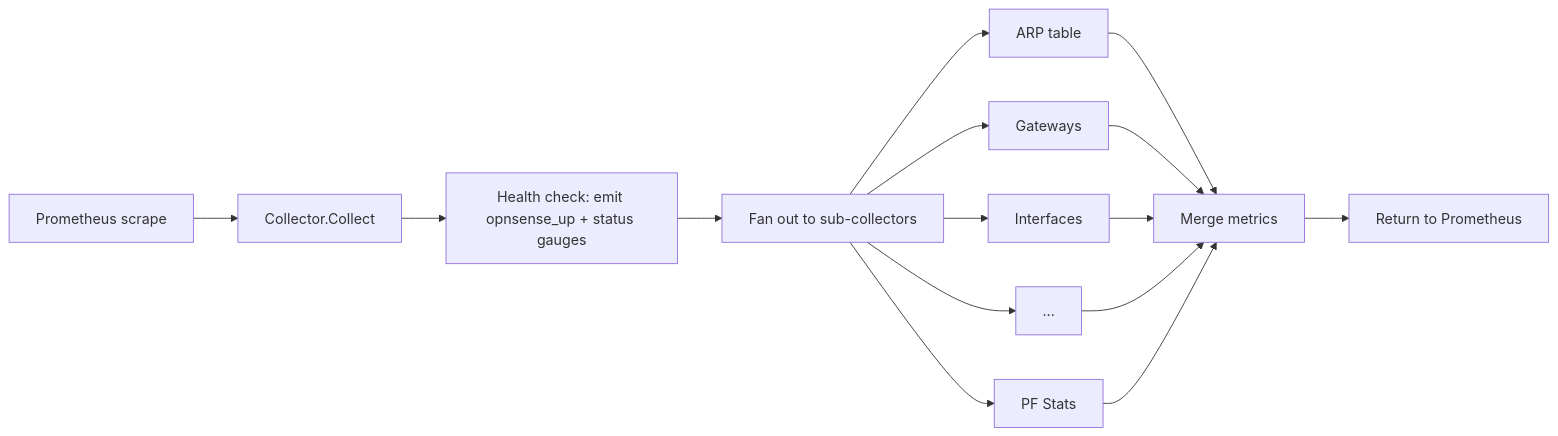
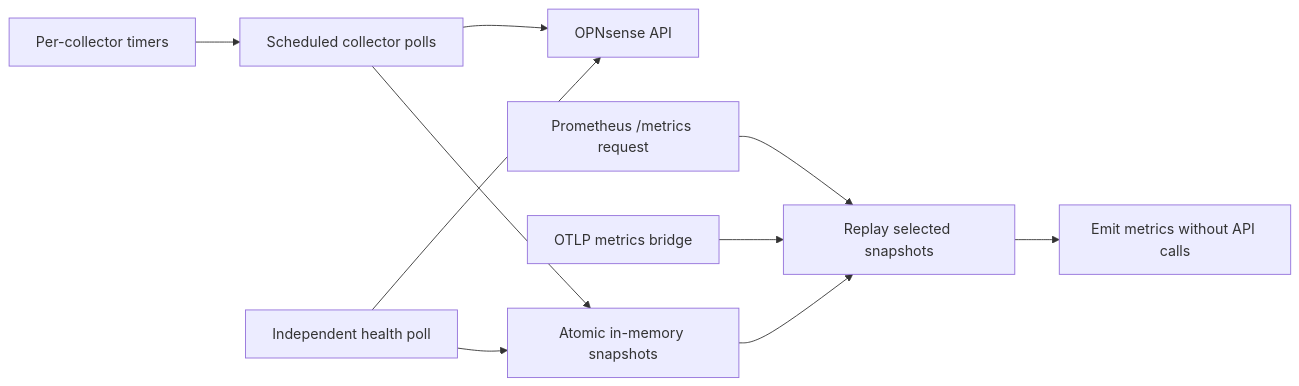
Before and after one commit to rknightion/opnsense-exporter: the diagram in docs/collectors/index.md, drawn with Mermaid. The commit also changed other lines of this file and 39 other files, not shown here.

````diff
--- a/docs/collectors/index.md
+++ b/docs/collectors/index.md
@@ -15,17 +15,12 @@
 ```mermaid
-graph LR
-    A[Prometheus scrape] --> B[Collector.Collect]
-    B --> C[Health check: emit opnsense_up + status gauges]
-    C --> E[Fan out to sub-collectors]
-    E --> G1[ARP table]
-    E --> G2[Gateways]
-    E --> G3[Interfaces]
-    E --> G4[...]
-    E --> G5[PF Stats]
-    G1 --> H[Merge metrics]
-    G2 --> H
-    G3 --> H
-    G4 --> H
-    G5 --> H
-    H --> I[Return to Prometheus]
+flowchart LR
+    T[Per-collector timers] --> P[Scheduled collector polls]
+    P --> A[OPNsense API]
+    P --> S[Atomic in-memory snapshots]
+    H[Independent health poll] --> A
+    H --> S
+    M[Prometheus /metrics request] --> R[Replay selected snapshots]
+    O[OTLP metrics bridge] --> R
+    S --> R
+    R --> E[Emit metrics without API calls]
 ```
````
